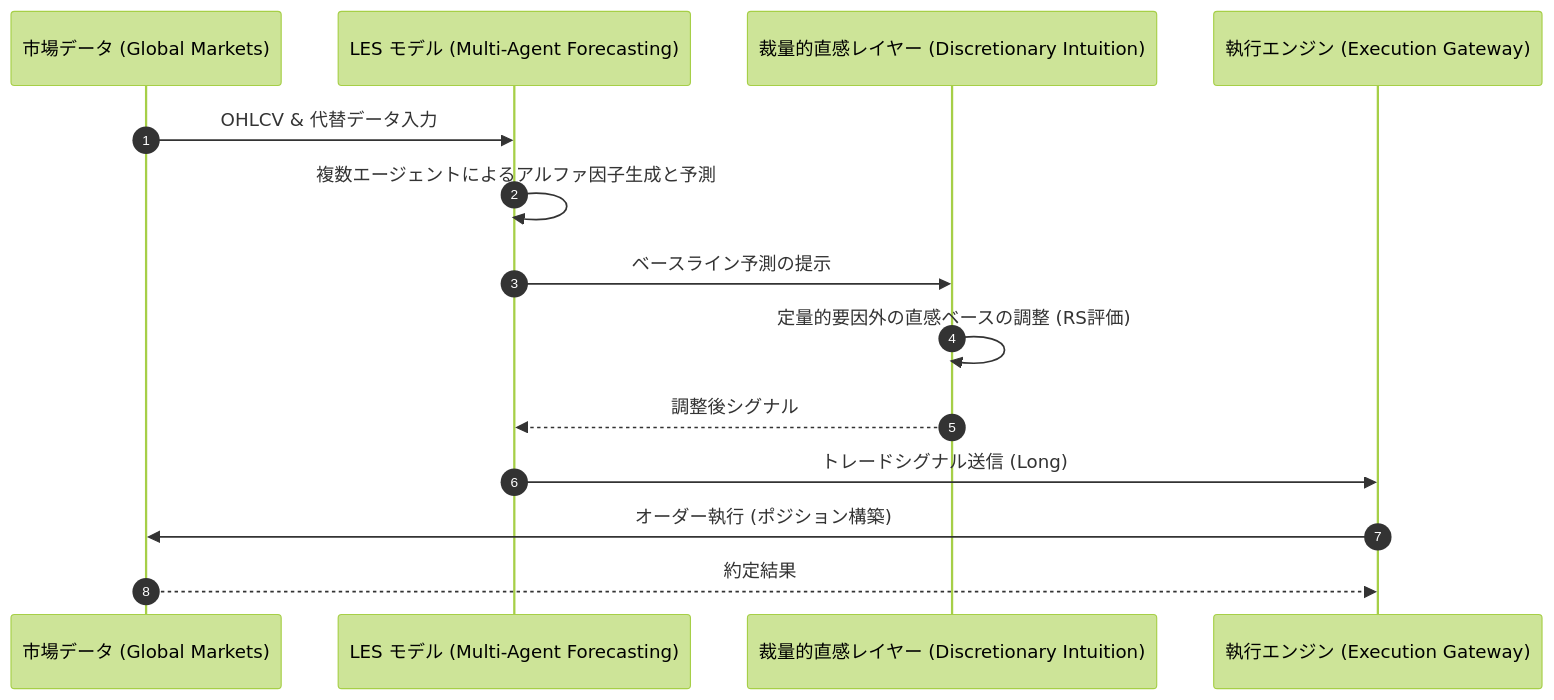
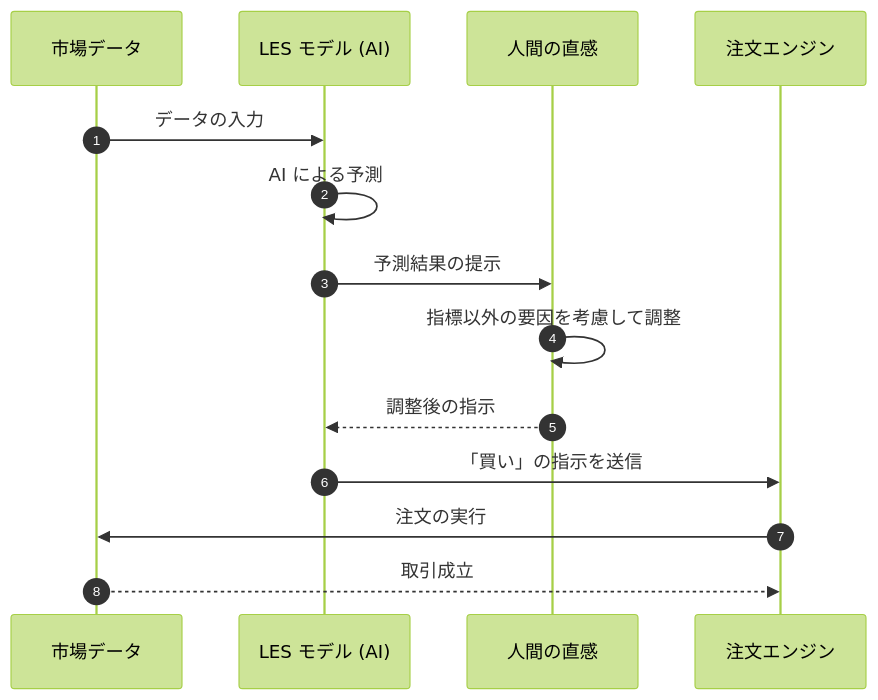
Before and after one commit to KAFKA2306/investor: the diagram in docs/arxiv/20260224_les_repro.md, drawn with Mermaid (forest theme). The commit also changed other lines of this file and 19 other files, not shown here.

````diff
--- a/docs/arxiv/20260224_les_repro.md
+++ b/docs/arxiv/20260224_les_repro.md
@@ -32,17 +25,17 @@
 ```mermaid
 sequenceDiagram
     autonumber
-    participant Market as 市場データ (Global Markets)
-    participant Model as LES モデル (Multi-Agent Forecasting)
-    participant DI as 裁量的直感レイヤー (Discretionary Intuition)
-    participant Exec as 執行エンジン (Execution Gateway)
+    participant Market as 市場データ
+    participant Model as LES モデル (AI)
+    participant DI as 人間の直感
+    participant Exec as 注文エンジン
 
-    Market->>Model: OHLCV & 代替データ入力
-    Model->>Model: 複数エージェントによるアルファ因子生成と予測
-    Model->>DI: ベースライン予測の提示
-    DI->>DI: 定量的要因外の直感ベースの調整 (RS評価)
-    DI-->>Model: 調整後シグナル
-    Model->>Exec: トレードシグナル送信 (Long)
-    Exec->>Market: オーダー執行 (ポジション構築)
-    Market-->>Exec: 約定結果
+    Market->>Model: データの入力
+    Model->>Model: AI による予測
+    Model->>DI: 予測結果の提示
+    DI->>DI: 指標以外の要因を考慮して調整
+    DI-->>Model: 調整後の指示
+    Model->>Exec: 「買い」の指示を送信
+    Exec->>Market: 注文の実行
+    Market-->>Exec: 取引成立
 ```
````
